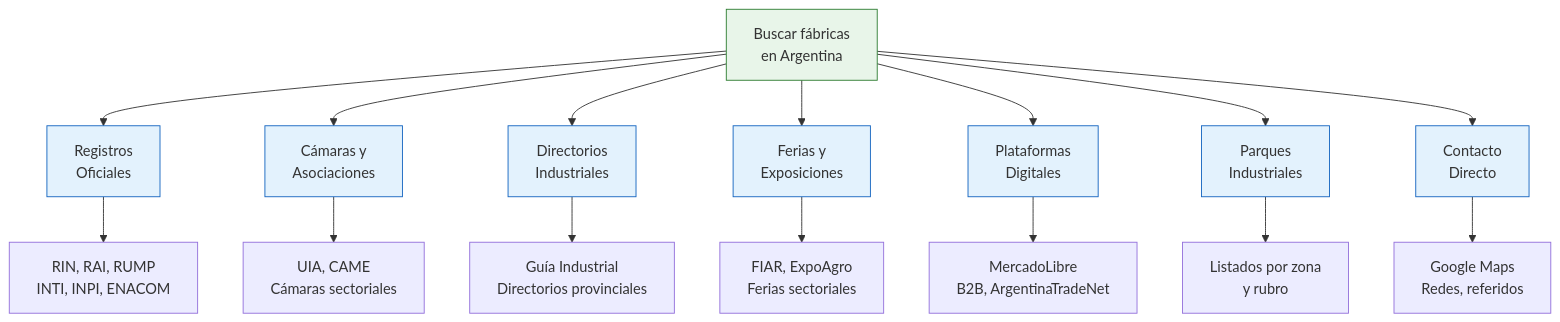
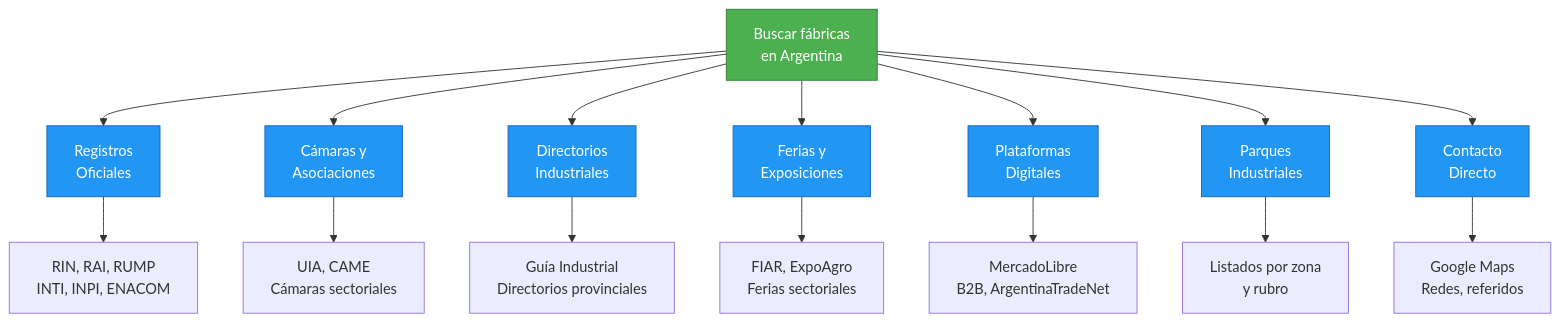
One commit to barrosignacioezequiel-coder/docs changed the diagram in app/paso1-argentina/encontrar-fabricas/introduccion.mdx. Above: the diagram before and after it, drawn with Mermaid. The commit also changed 66 other files, not shown here.

First line of the commit message:
fix: resolve Mermaid v11 numbered list errors + improve contrast

````diff
--- a/app/paso1-argentina/encontrar-fabricas/introduccion.mdx
+++ b/app/paso1-argentina/encontrar-fabricas/introduccion.mdx
@@ -29,27 +29,27 @@
 ```mermaid
 graph TD
     A["Buscar fábricas<br/>en Argentina"] --> B["Registros<br/>Oficiales"]
     A --> C["Cámaras y<br/>Asociaciones"]
     A --> D["Directorios<br/>Industriales"]
     A --> E["Ferias y<br/>Exposiciones"]
     A --> F["Plataformas<br/>Digitales"]
     A --> G["Parques<br/>Industriales"]
     A --> H["Contacto<br/>Directo"]
 
     B --> B1["RIN, RAI, RUMP<br/>INTI, INPI, ENACOM"]
     C --> C1["UIA, CAME<br/>Cámaras sectoriales"]
     D --> D1["Guía Industrial<br/>Directorios provinciales"]
     E --> E1["FIAR, ExpoAgro<br/>Ferias sectoriales"]
     F --> F1["MercadoLibre<br/>B2B, ArgentinaTradeNet"]
     G --> G1["Listados por zona<br/>y rubro"]
     H --> H1["Google Maps<br/>Redes, referidos"]
 
-    style A fill:#e8f5e9,stroke:#2e7d32
-    style B fill:#e3f2fd,stroke:#1565c0
-    style C fill:#e3f2fd,stroke:#1565c0
-    style D fill:#e3f2fd,stroke:#1565c0
-    style E fill:#e3f2fd,stroke:#1565c0
-    style F fill:#e3f2fd,stroke:#1565c0
-    style G fill:#e3f2fd,stroke:#1565c0
-    style H fill:#e3f2fd,stroke:#1565c0
+    style A fill:#4caf50,stroke:#2e7d32,color:#fff
+    style B fill:#2196f3,stroke:#1565c0,color:#fff
+    style C fill:#2196f3,stroke:#1565c0,color:#fff
+    style D fill:#2196f3,stroke:#1565c0,color:#fff
+    style E fill:#2196f3,stroke:#1565c0,color:#fff
+    style F fill:#2196f3,stroke:#1565c0,color:#fff
+    style G fill:#2196f3,stroke:#1565c0,color:#fff
+    style H fill:#2196f3,stroke:#1565c0,color:#fff
 ```
````
